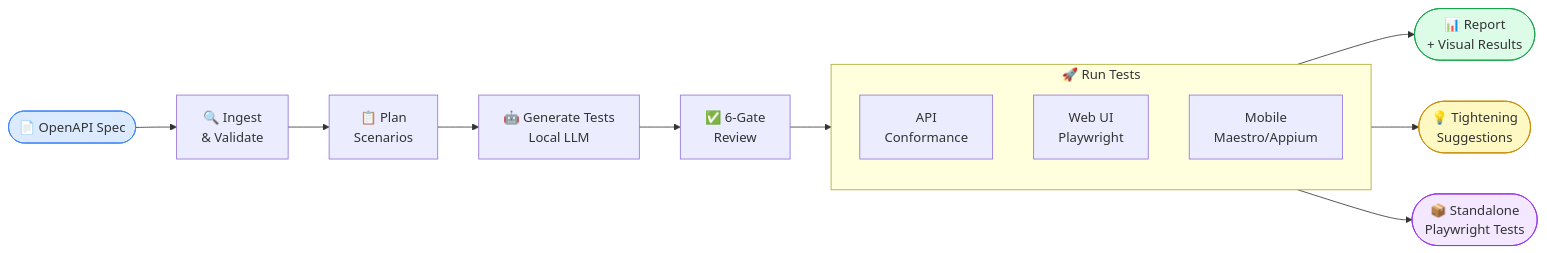
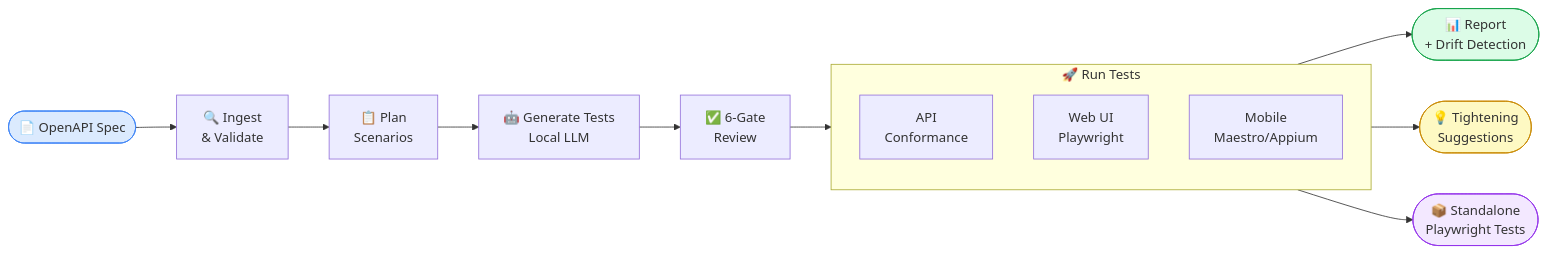
One commit to moaidmoatasem/cherenkov-qa changed the first of 2 diagrams in README.md. Above: the diagram before and after it, drawn with Mermaid. The commit also changed other lines of this file and 2 other files, not shown here.

````diff
--- a/README.md
+++ b/README.md
@@ -40,28 +70,28 @@
 ```mermaid
 flowchart LR
     SPEC([📄 OpenAPI Spec])
     INGEST[🔍 Ingest\n& Validate]
     PLAN[📋 Plan\nScenarios]
     GEN[🤖 Generate Tests\nLocal LLM]
     REVIEW[✅ 6-Gate\nReview]
 
     subgraph RUN ["🚀 Run Tests"]
         API_RUN[API\nConformance]
         WEB_RUN[Web UI\nPlaywright]
         MOB_RUN[Mobile\nMaestro/Appium]
     end
 
-    REPORT([📊 Report\n+ Visual Results])
+    REPORT([📊 Report\n+ Drift Detection])
     SUGGEST([💡 Tightening\nSuggestions])
     EJECT([📦 Standalone\nPlaywright Tests])
 
     SPEC --> INGEST --> PLAN --> GEN --> REVIEW --> RUN
     RUN --> REPORT
     RUN --> SUGGEST
     RUN --> EJECT
 
     style SPEC fill:#dbeafe,stroke:#3b82f6
     style REPORT fill:#dcfce7,stroke:#16a34a
     style SUGGEST fill:#fef9c3,stroke:#ca8a04
     style EJECT fill:#f3e8ff,stroke:#9333ea
 ```
````
